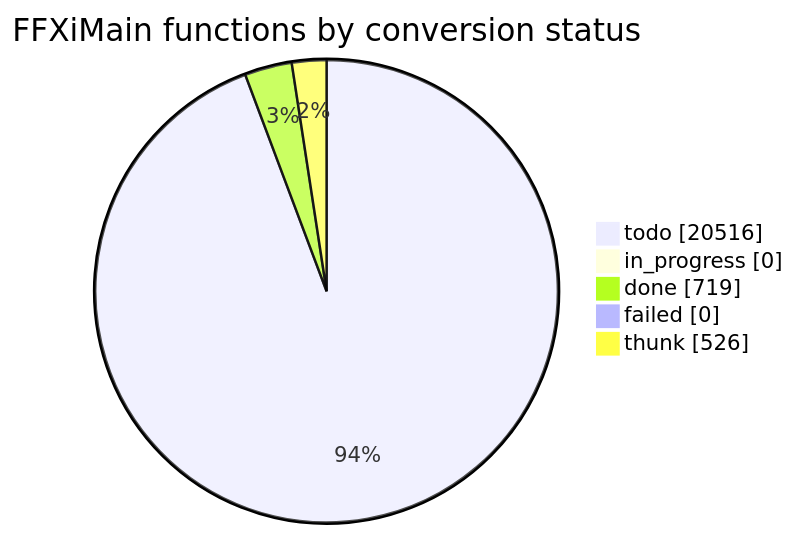
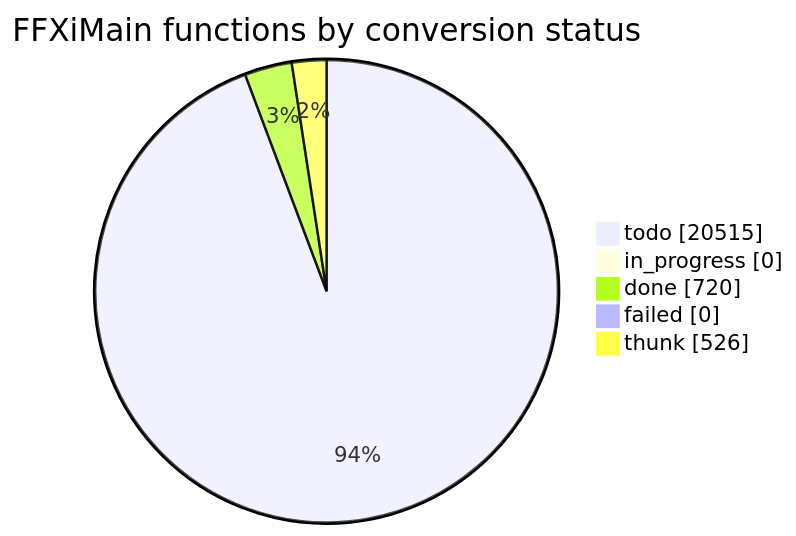
Before and after one commit to cowrevenge/cow_kuluu_xi_anything: the diagram in docs/cow/STATUS.md, drawn with Mermaid. The commit also changed other lines of this file and 9 other files, not shown here.

````diff
--- a/docs/cow/STATUS.md
+++ b/docs/cow/STATUS.md
@@ -18,9 +18,9 @@
 ```mermaid
 pie showData
     title FFXiMain functions by conversion status
-    "todo" : 20516
+    "todo" : 20515
     "in_progress" : 0
-    "done" : 719
+    "done" : 720
     "failed" : 0
     "thunk" : 526
 ```
````
